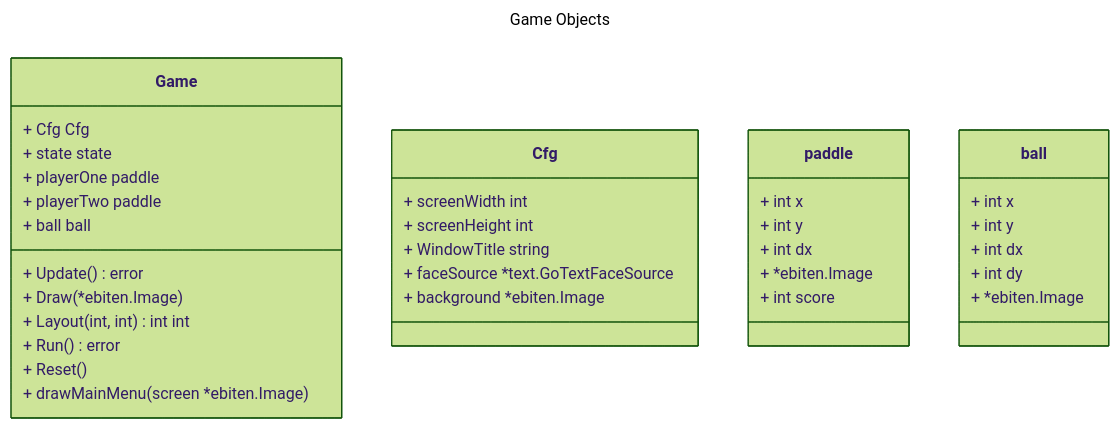
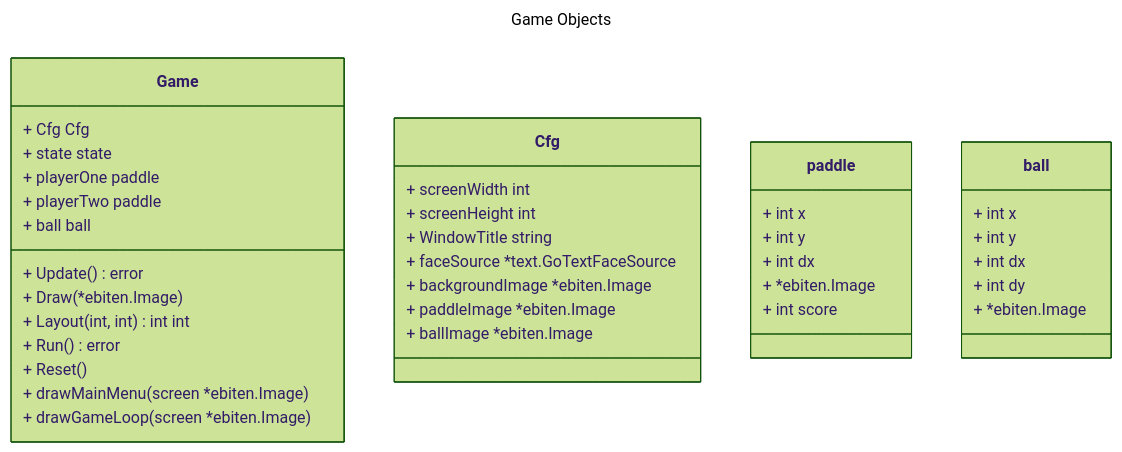
One commit to KalebHawkins/Pong changed the diagram in docs/GameObjects.md. Above: the diagram before and after it, drawn with Mermaid (forest theme). The commit also changed 6 other files, not shown here.

````diff
--- a/docs/GameObjects.md
+++ b/docs/GameObjects.md
@@ -1,47 +1,50 @@
 ```mermaid
 ---
 title: Game Objects
 ---
 classDiagram
     class Game {
         + Cfg Cfg
 
         + state state
         + playerOne paddle
         + playerTwo paddle
         + ball ball
 
 
         + Update() error
         + Draw(*ebiten.Image)
         + Layout(int, int) int int
         + Run() error
         + Reset()
         + drawMainMenu(screen *ebiten.Image)
+        + drawGameLoop(screen *ebiten.Image)
     }
 
     class Cfg {
         + screenWidth int
         + screenHeight int
         + WindowTitle string
         + faceSource *text.GoTextFaceSource
-        + background *ebiten.Image
+        + backgroundImage *ebiten.Image
+        + paddleImage *ebiten.Image
+        + ballImage *ebiten.Image
     }
 
     class paddle {
         + int x
         + int y
         + int dx
         + *ebiten.Image
         + int score
     }
 
     class ball {
         + int x
         + int y
         + int dx
         + int dy
         + *ebiten.Image
     }
 
 ```
````
